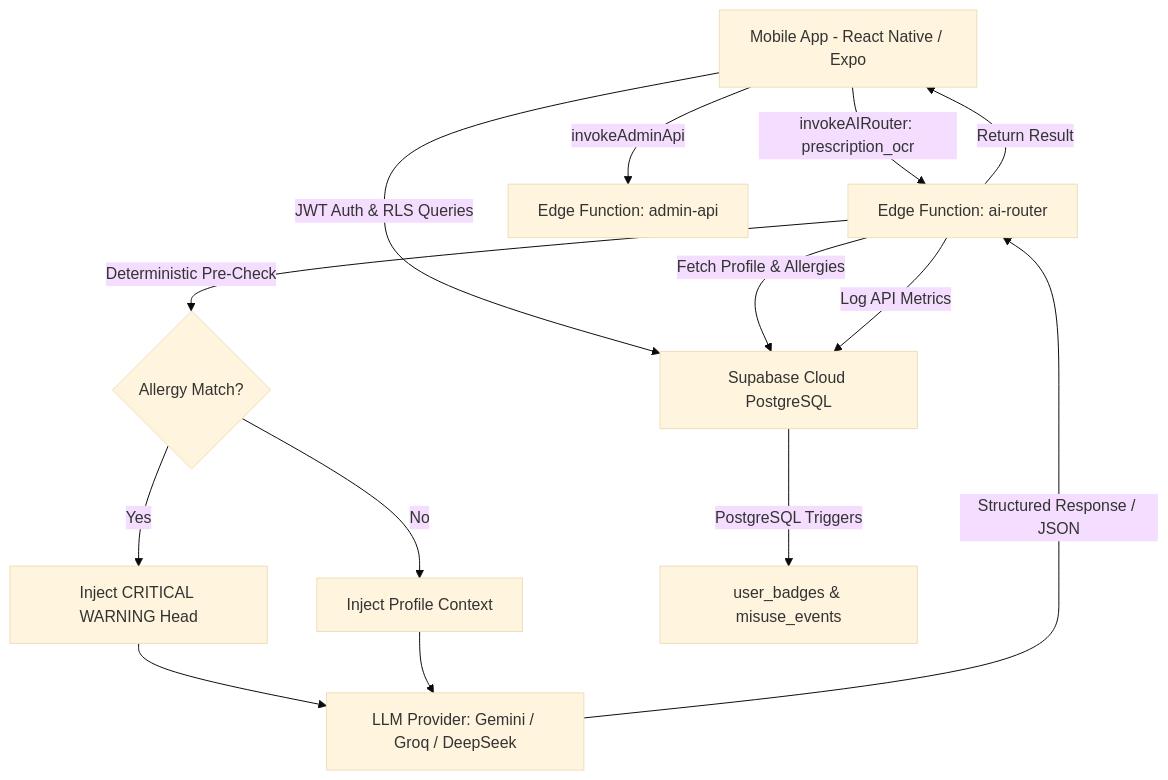
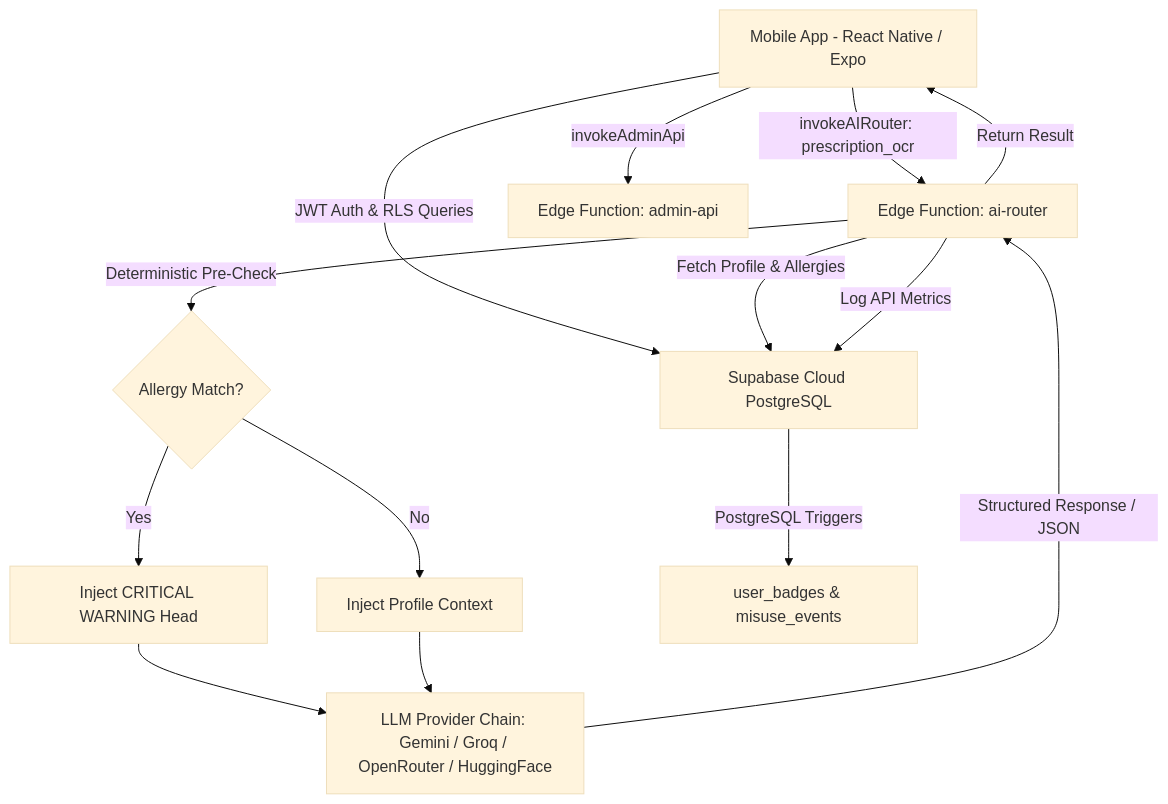
One commit to Subhash-777/MedSentry changed the diagram in README.md. Above: the diagram before and after it, drawn with Mermaid (base theme). The commit also changed other lines of this file and 4 other files, not shown here.

Commit message:
docs & ci: align documentation with truthful architecture and add GitHub Actions CI workflow

````diff
--- a/README.md
+++ b/README.md
@@ -127,19 +127,19 @@
 ```mermaid
 graph TD
     A[Mobile App - React Native / Expo] -->|JWT Auth & RLS Queries| B[Supabase Cloud PostgreSQL]
     A -->|invokeAIRouter: prescription_ocr| C[Edge Function: ai-router]
     A -->|invokeAdminApi| D[Edge Function: admin-api]
 
     C -->|Fetch Profile & Allergies| B
     C -->|Deterministic Pre-Check| E{Allergy Match?}
     E -->|Yes| F[Inject CRITICAL WARNING Head]
     E -->|No| G[Inject Profile Context]
     
-    F --> H[LLM Provider: Gemini / Groq / DeepSeek]
+    F --> H[LLM Provider Chain: Gemini / Groq / OpenRouter / HuggingFace]
     G --> H
     H -->|Structured Response / JSON| C
     C -->|Log API Metrics| B
     C -->|Return Result| A
 
     B -->|PostgreSQL Triggers| I[user_badges & misuse_events]
 ```
````
